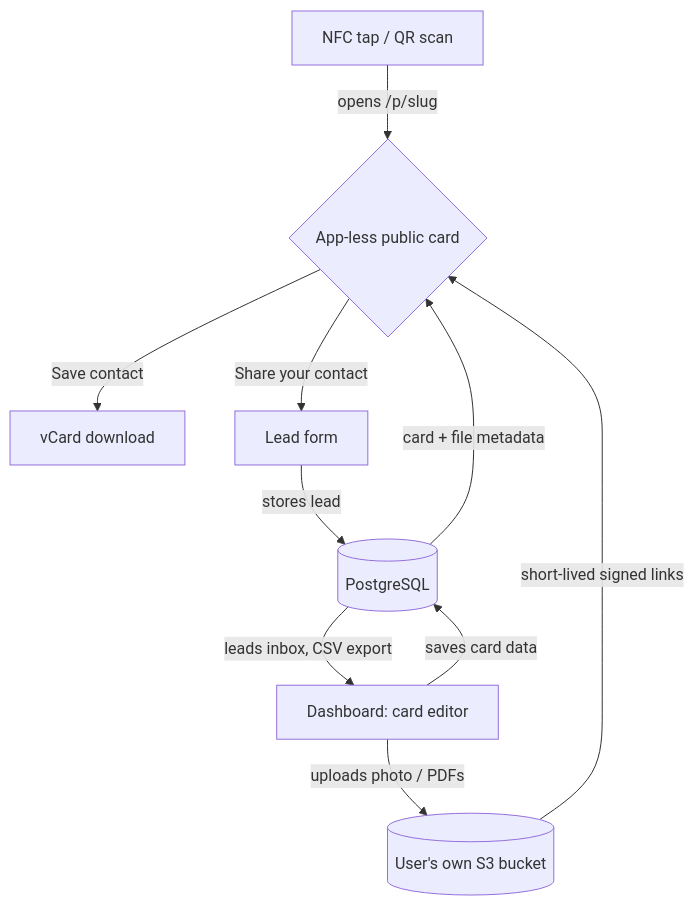
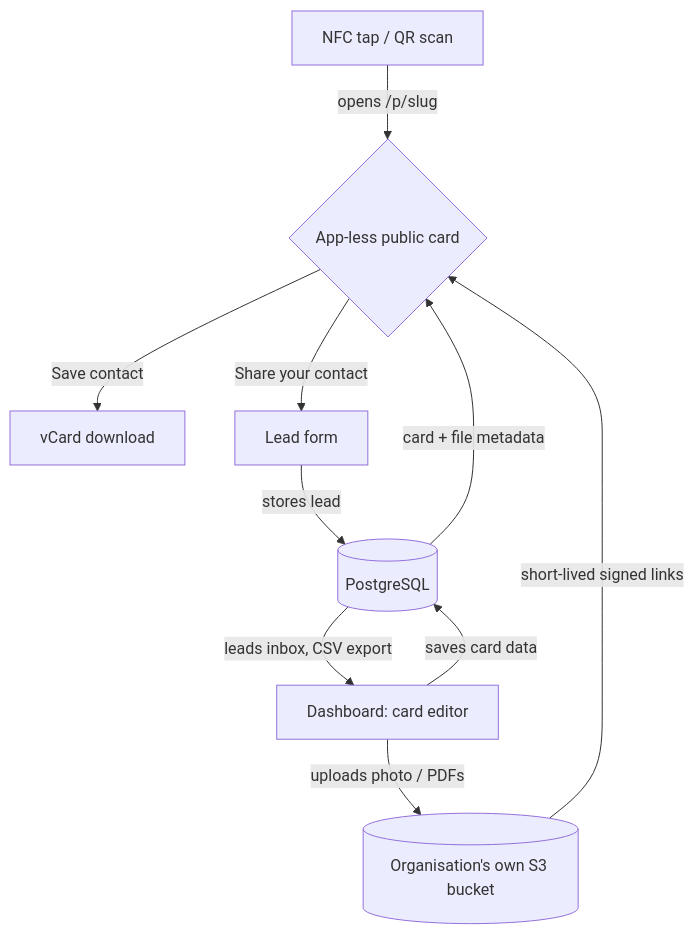
One commit to faiz-gh/fronko changed the diagram in README.md. Above: the diagram before and after it, drawn with Mermaid. The commit also changed other lines of this file and 58 other files, not shown here.

````diff
--- a/README.md
+++ b/README.md
@@ -25,12 +29,12 @@
 ```mermaid
 graph TD
     A[NFC tap / QR scan] -->|opens /p/slug| C{App-less public card}
     E[Dashboard: card editor] -->|saves card data| D[(PostgreSQL)]
-    E -->|uploads photo / PDFs| S[(User's own S3 bucket)]
+    E -->|uploads photo / PDFs| S[(Organisation's own S3 bucket)]
     D -->|card + file metadata| C
     S -->|short-lived signed links| C
     C -->|Save contact| F[vCard download]
     C -->|Share your contact| G[Lead form]
     G -->|stores lead| D
     D -->|leads inbox, CSV export| E
 ```
````
